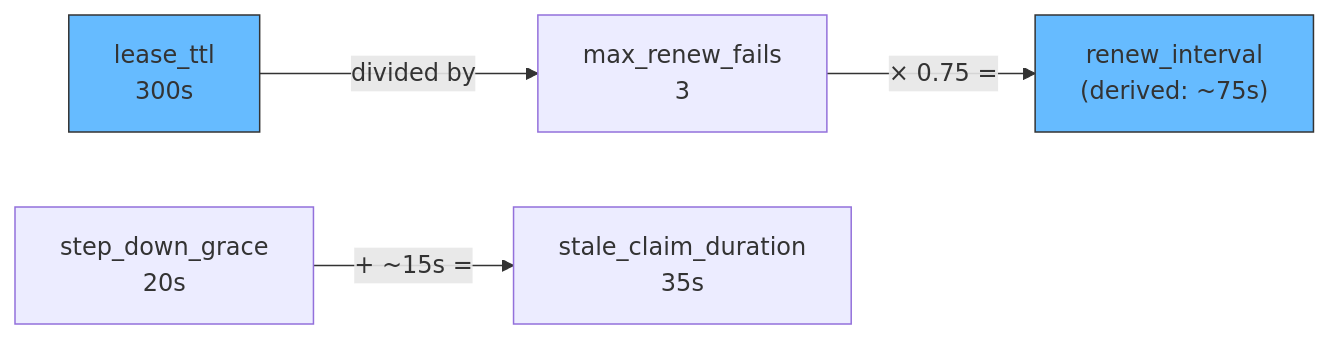
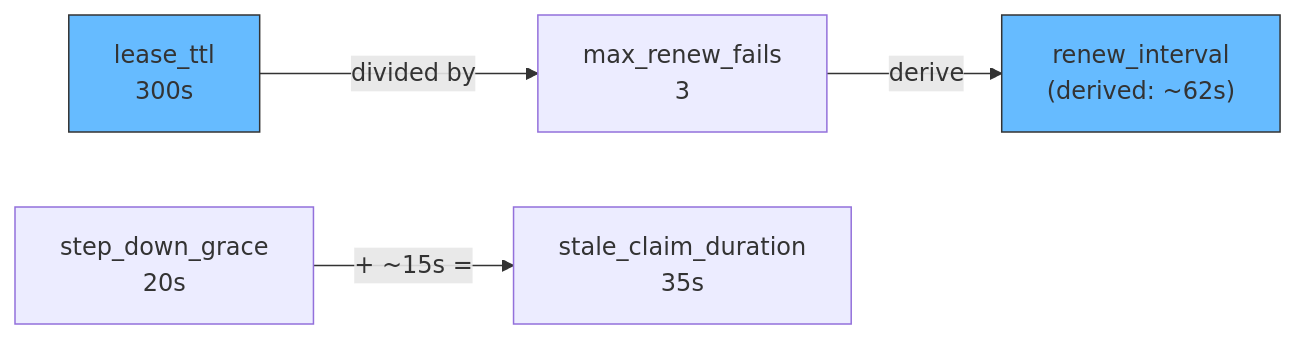
Before and after one commit to mariotoffia/gobridge: the third of 3 diagrams in docs/scenarios/08-clustered-exclusive-sessions.md, drawn with Mermaid. The commit also changed other lines of this file and 122 other files, not shown here.

````diff
--- a/docs/scenarios/08-clustered-exclusive-sessions.md
+++ b/docs/scenarios/08-clustered-exclusive-sessions.md
@@ -296,15 +307,15 @@
 ```mermaid
 flowchart LR
     TTL["lease_ttl\n300s"]
     MRF["max_renew_fails\n3"]
-    RI["renew_interval\n(derived: ~75s)"]
+    RI["renew_interval\n(derived: ~62s)"]
     SDG["step_down_grace\n20s"]
     SCD["stale_claim_duration\n35s"]
 
     TTL -->|"divided by"| MRF
-    MRF -->|"× 0.75 ="| RI
+    MRF -->|"derive"| RI
     SDG -->|"+ ~15s ="| SCD
 
     style TTL fill:#6bf,stroke:#333
     style RI fill:#6bf,stroke:#333
 ```
````
